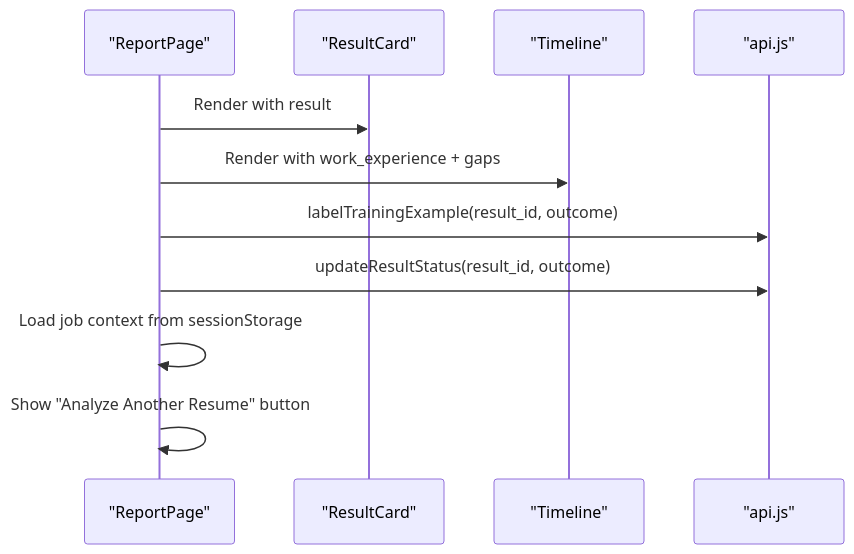
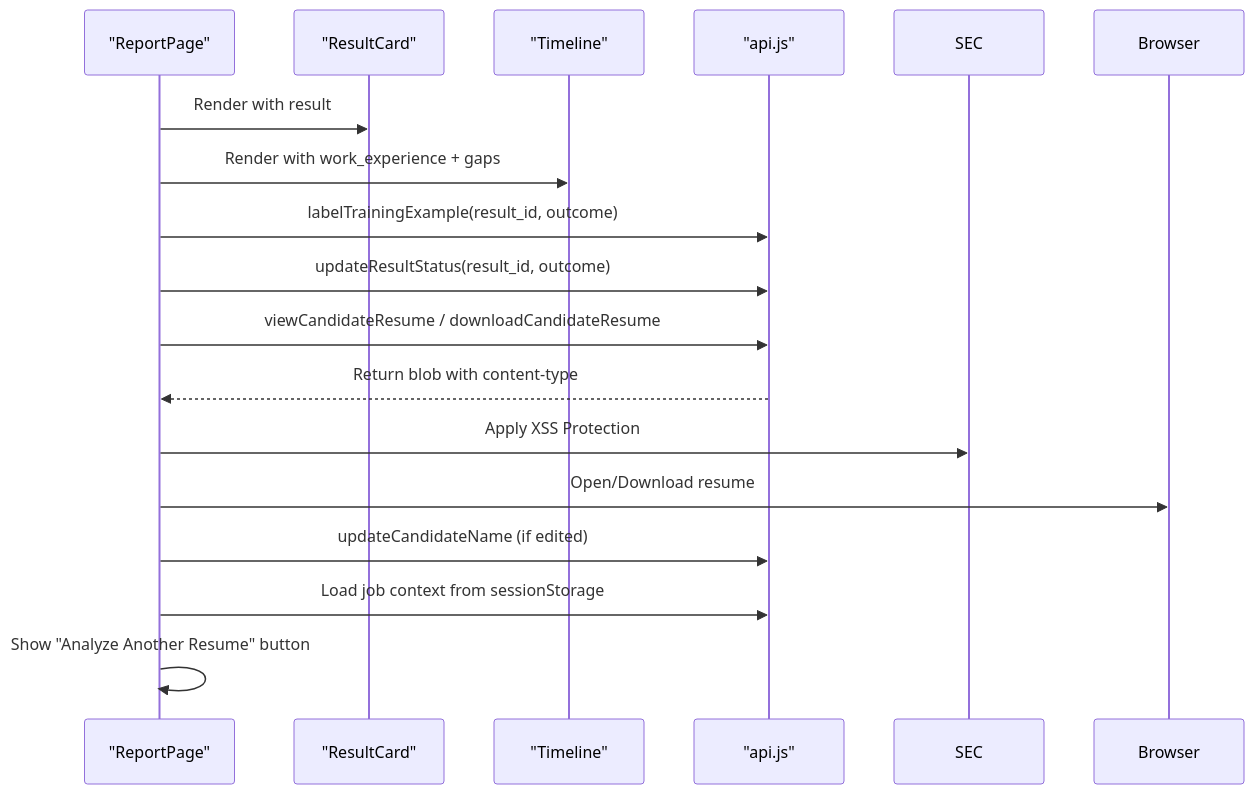
Diagram 23 of 29 in .qoder/repowiki/en/content/Frontend Architecture/Frontend Architecture.md (Revanththetalogics/aireume), drawn with Mermaid before and after one commit. The commit also changed other lines of this file and 7 other files, not shown here.

````diff
--- a/.qoder/repowiki/en/content/Frontend Architecture/Frontend Architecture.md
+++ b/.qoder/repowiki/en/content/Frontend Architecture/Frontend Architecture.md
@@ -879,13 +1033,18 @@
 ```mermaid
 sequenceDiagram
 participant RP as "ReportPage"
 participant RC as "ResultCard"
 participant TL as "Timeline"
 participant API as "api.js"
 RP->>RC : Render with result
 RP->>TL : Render with work_experience + gaps
 RP->>API : labelTrainingExample(result_id, outcome)
 RP->>API : updateResultStatus(result_id, outcome)
-RP->>RP : Load job context from sessionStorage
+RP->>API : viewCandidateResume / downloadCandidateResume
+API-->>RP : Return blob with content-type
+RP->>SEC : Apply XSS Protection
+RP->>Browser : Open/Download resume
+RP->>API : updateCandidateName (if edited)
+RP->>API : Load job context from sessionStorage
 RP->>RP : Show "Analyze Another Resume" button
 ```
````
